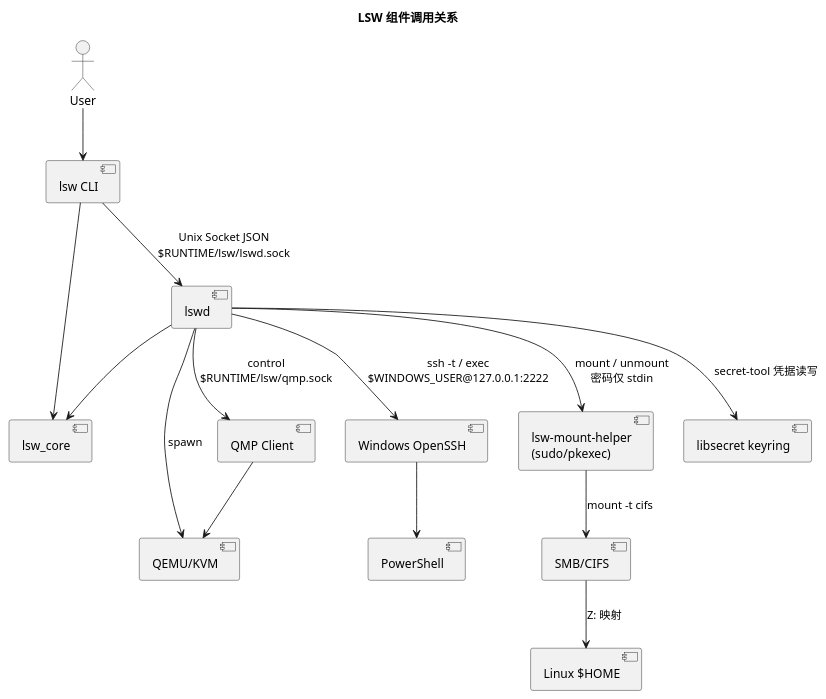
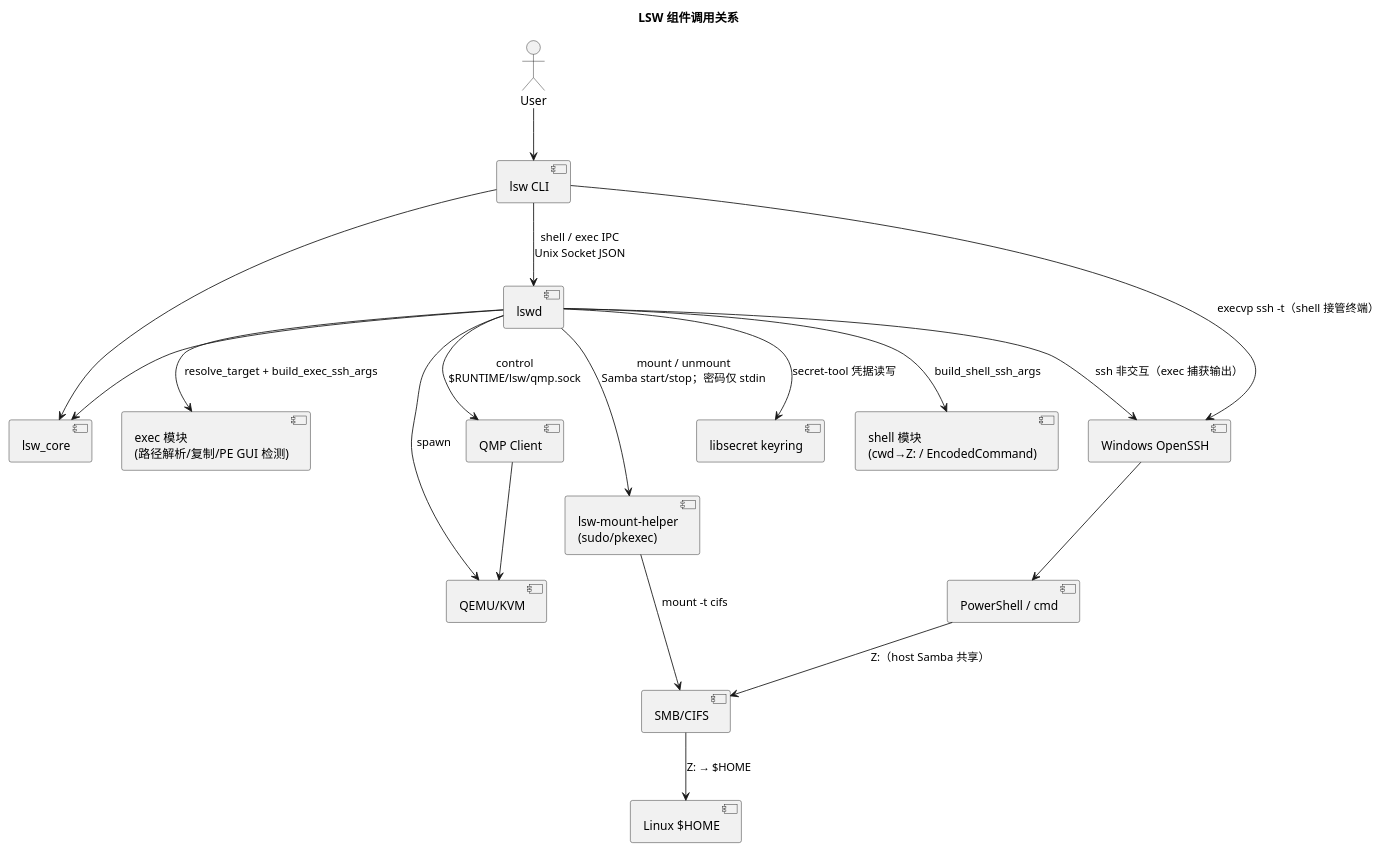
The diagram in docs/diagrams/component.puml (yunzheyue-star/lsw), drawn with PlantUML before and after one commit. The commit also changed 35 other files, not shown here.

First line of the commit message:
P8: lsw <program> 执行（.exe/.bat/.cmd）

```diff
--- a/docs/diagrams/component.puml
+++ b/docs/diagrams/component.puml
@@ -1,29 +1,35 @@
 @startuml
 title LSW 组件调用关系
 actor User
 component "lsw CLI" as CLI
 component "lsw_core" as Core
 component "lswd" as Daemon
+component "shell 模块\n(cwd→Z: / EncodedCommand)" as Shell
+component "exec 模块\n(路径解析/复制/PE GUI 检测)" as Exec
 component "QEMU/KVM" as QEMU
 component "QMP Client" as QMP
 component "Windows OpenSSH" as WinSSH
-component "PowerShell" as PS
+component "PowerShell / cmd" as PS
 component "SMB/CIFS" as SMB
 component "lsw-mount-helper\n(sudo/pkexec)" as Helper
 component "libsecret keyring" as Keyring
 component "Linux $HOME" as Home
 
 User --> CLI
 CLI --> Core
-CLI --> Daemon : Unix Socket JSON\n$RUNTIME/lsw/lswd.sock
+CLI --> Daemon : shell / exec IPC\nUnix Socket JSON
 Daemon --> Core
+Daemon --> Shell : build_shell_ssh_args
+Daemon --> Exec : resolve_target + build_exec_ssh_args
 Daemon --> QEMU : spawn
 Daemon --> QMP : control\n$RUNTIME/lsw/qmp.sock
 QMP --> QEMU
-Daemon --> WinSSH : ssh -t / exec\n$WINDOWS_USER@127.0.0.1:2222
+CLI --> WinSSH : execvp ssh -t（shell 接管终端）
+Daemon --> WinSSH : ssh 非交互（exec 捕获输出）
 WinSSH --> PS
+PS --> SMB : Z:（host Samba 共享）
 Daemon --> Keyring : secret-tool 凭据读写
-Daemon --> Helper : mount / unmount\n密码仅 stdin
+Daemon --> Helper : mount / unmount\nSamba start/stop；密码仅 stdin
 Helper --> SMB : mount -t cifs
-SMB --> Home : Z: 映射
+SMB --> Home : Z: → $HOME
 @enduml
```
